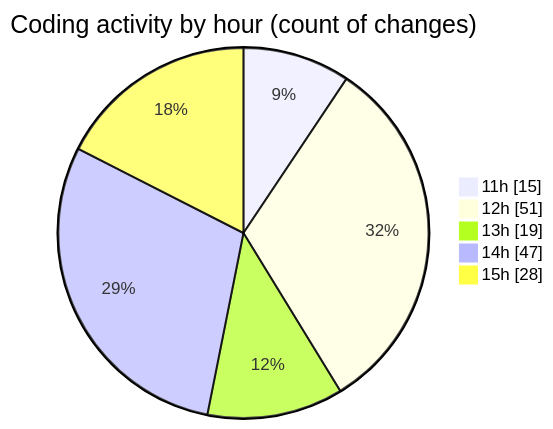
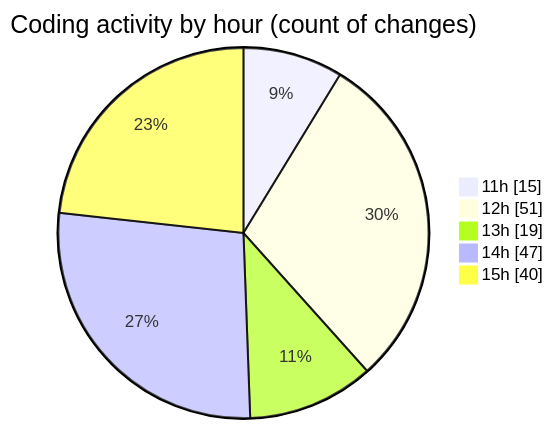
One commit to nxtqubesakshisongat/code-tracking changed the second of 2 diagrams in 2025-04-15/nxtqube_webapp/README.md. Above: the diagram before and after it, drawn with Mermaid. The commit also changed other lines of this file and 1 other file, not shown here.

````diff
--- a/2025-04-15/nxtqube_webapp/README.md
+++ b/2025-04-15/nxtqube_webapp/README.md
@@ -39,9 +39,9 @@
 ```mermaid
 pie showData
 title Coding activity by hour (count of changes)
 "11h" : 15
 "12h" : 51
 "13h" : 19
 "14h" : 47
-"15h" : 28
+"15h" : 40
 ```
````
